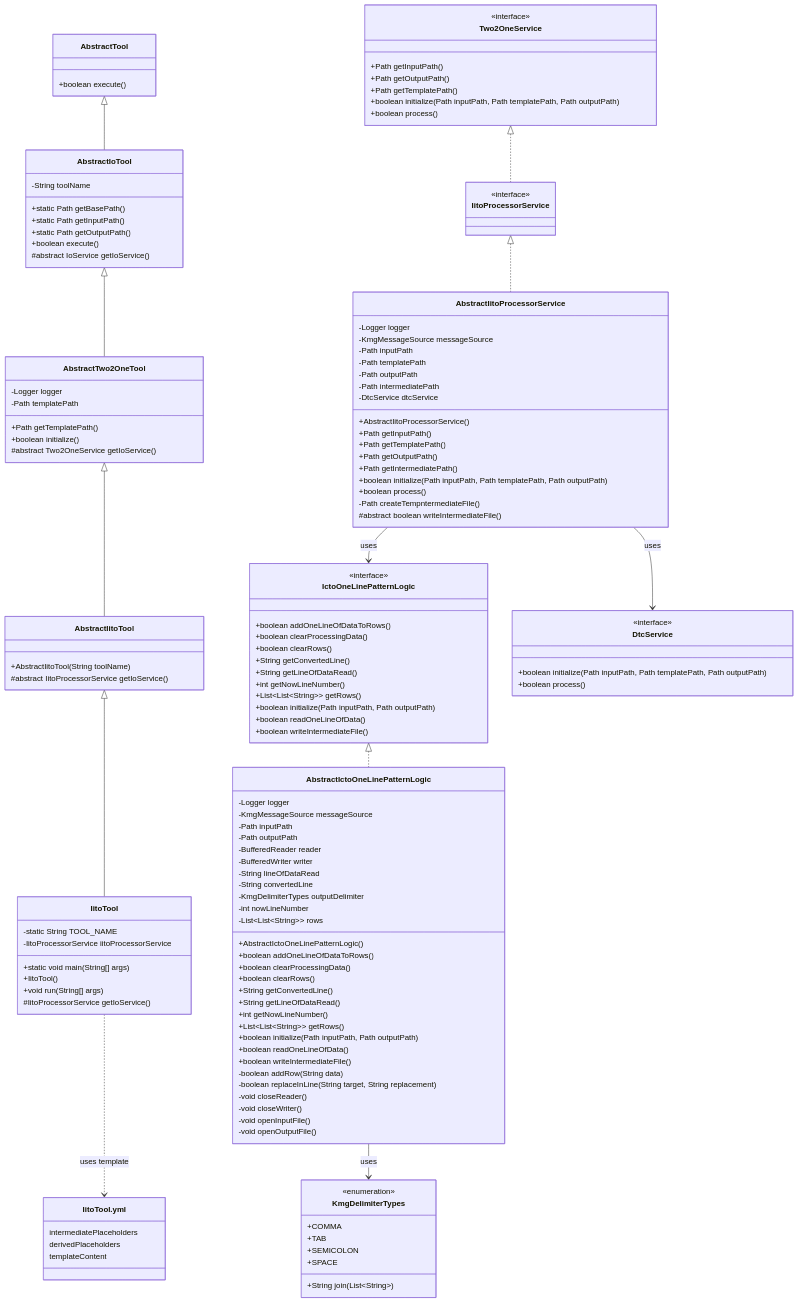
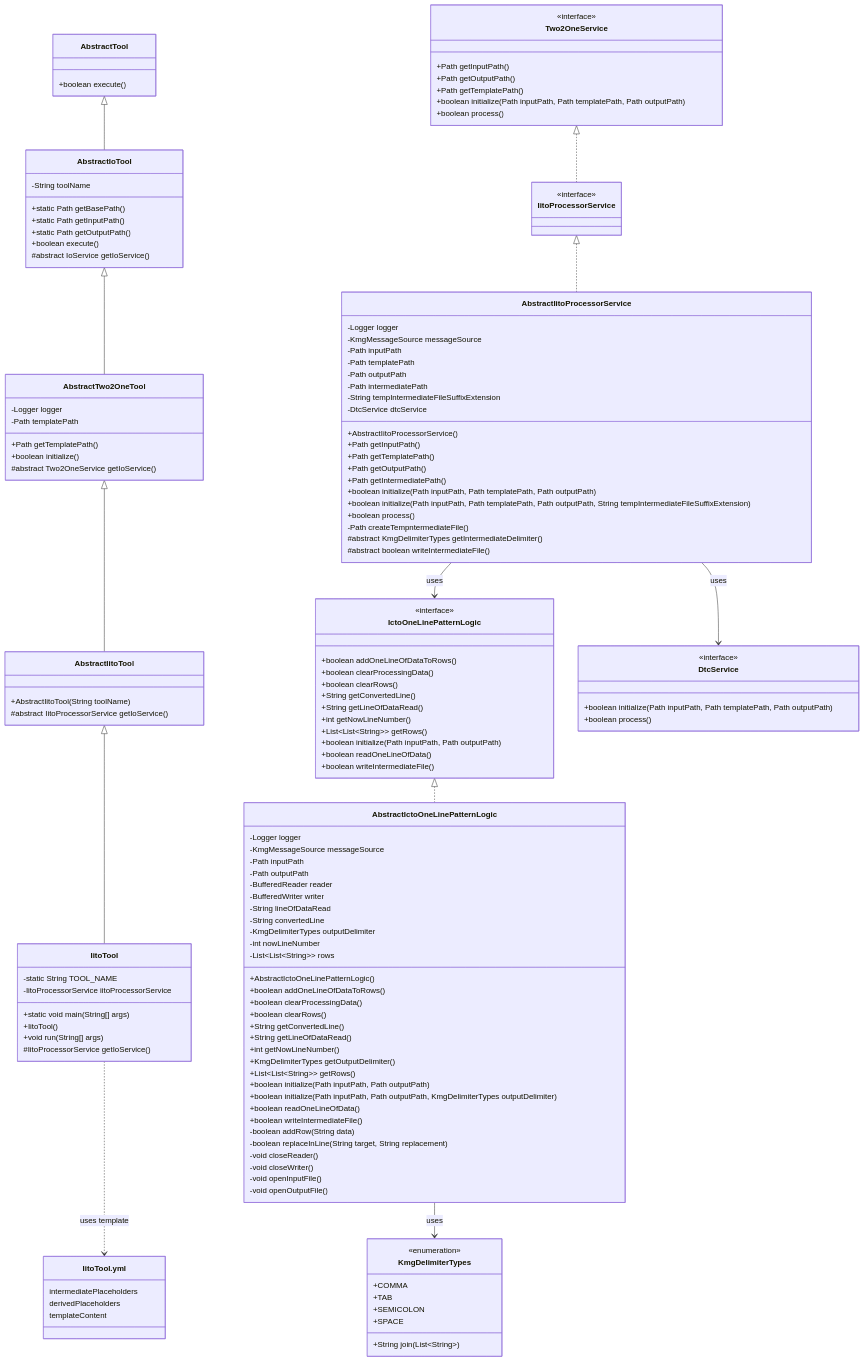
One commit to KenichiroArai/kmg-tool-base changed the first of 3 diagrams in docs/設計書/入力、中間、テンプレート、出力の設計図.md. Above: the diagram before and after it, drawn with Mermaid. The commit also changed 5 other files, not shown here.

```diff
--- a/docs/設計書/入力、中間、テンプレート、出力の設計図.md
+++ b/docs/設計書/入力、中間、テンプレート、出力の設計図.md
@@ -78,6 +78,7 @@
         -Path templatePath
         -Path outputPath
         -Path intermediatePath
+        -String tempIntermediateFileSuffixExtension
         -DtcService dtcService
         +AbstractIitoProcessorService()
         +Path getInputPath()
@@ -85,8 +86,10 @@
         +Path getOutputPath()
         +Path getIntermediatePath()
         +boolean initialize(Path inputPath, Path templatePath, Path outputPath)
+        +boolean initialize(Path inputPath, Path templatePath, Path outputPath, String tempIntermediateFileSuffixExtension)
         +boolean process()
         -Path createTempntermediateFile()
+        #abstract KmgDelimiterTypes getIntermediateDelimiter()
         #abstract boolean writeIntermediateFile()
     }
 
@@ -123,8 +126,10 @@
         +String getConvertedLine()
         +String getLineOfDataRead()
         +int getNowLineNumber()
+        +KmgDelimiterTypes getOutputDelimiter()
         +List~List~String~~ getRows()
         +boolean initialize(Path inputPath, Path outputPath)
+        +boolean initialize(Path inputPath, Path outputPath, KmgDelimiterTypes outputDelimiter)
         +boolean readOneLineOfData()
         +boolean writeIntermediateFile()
         -boolean addRow(String data)
```
